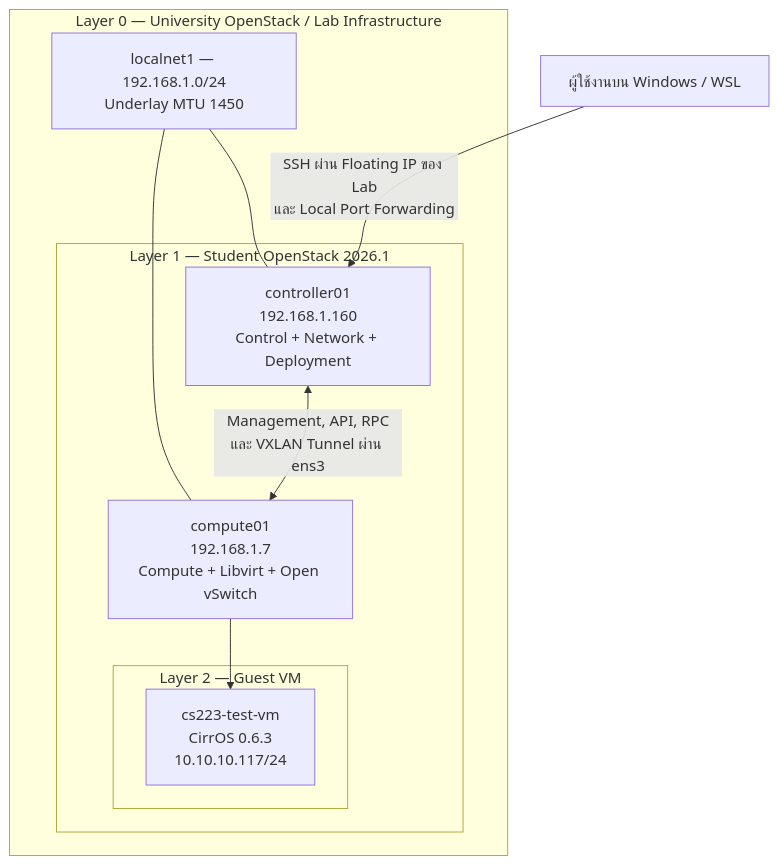
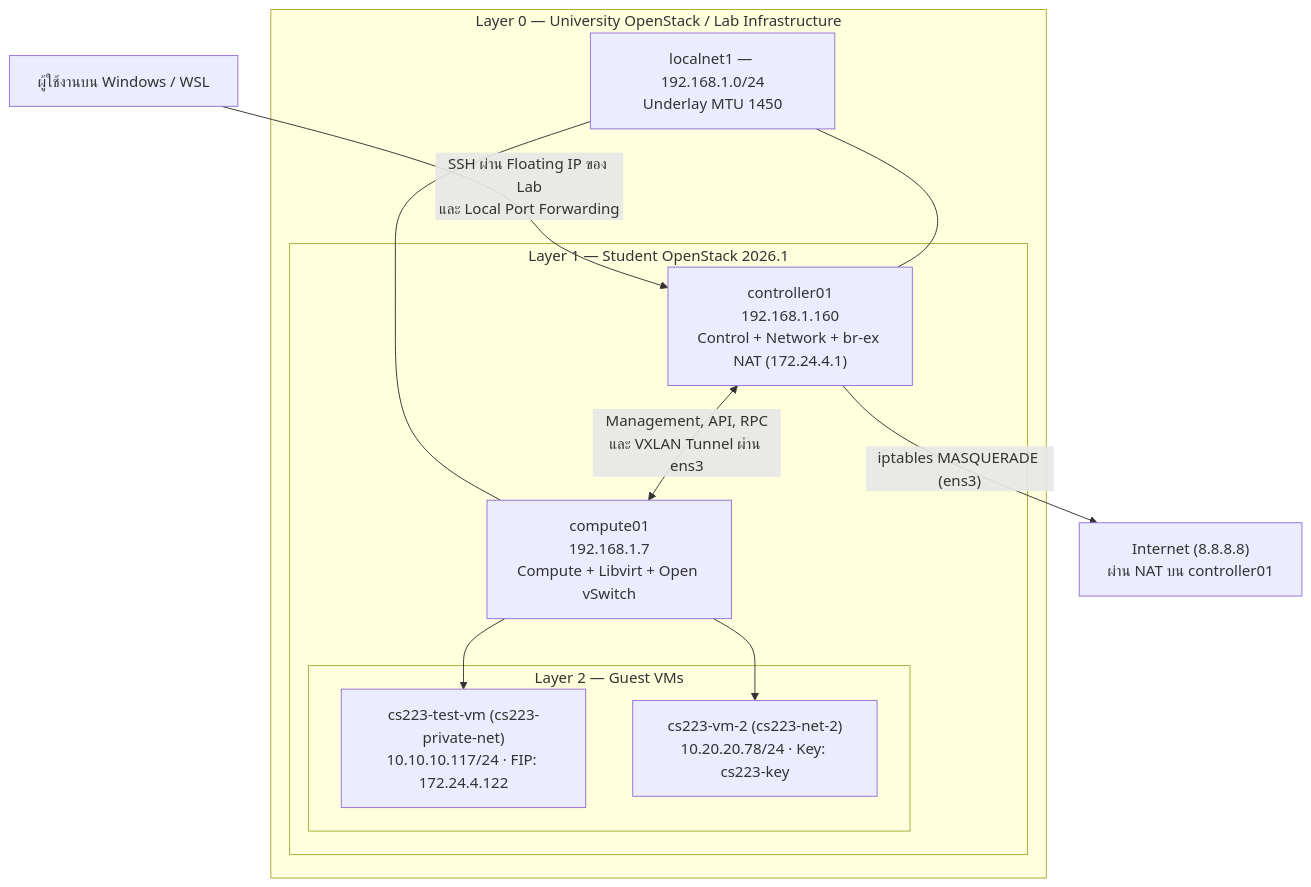
Before and after one commit to ronnakrit303/CS223-TermProject: the first of 9 diagrams in docs/02-architecture.md, drawn with Mermaid. The commit also changed other lines of this file and 13 other files, not shown here.

Commit message:
docs,evidence: add multi-network routing, ext-net NAT, Floating IP & internet egress verification

````diff
--- a/docs/02-architecture.md
+++ b/docs/02-architecture.md
@@ -59,24 +59,28 @@
 ```mermaid
 flowchart TB
     USER["ผู้ใช้งานบน Windows / WSL"]
+    INET["Internet (8.8.8.8)<br/>ผ่าน NAT บน controller01"]
 
     subgraph OUTER["Layer 0 — University OpenStack / Lab Infrastructure"]
         NET["localnet1 — 192.168.1.0/24<br/>Underlay MTU 1450"]
 
         subgraph INNER["Layer 1 — Student OpenStack 2026.1"]
-            CTRL["controller01<br/>192.168.1.160<br/>Control + Network + Deployment"]
+            CTRL["controller01<br/>192.168.1.160<br/>Control + Network + br-ex NAT (172.24.4.1)"]
             COMP["compute01<br/>192.168.1.7<br/>Compute + Libvirt + Open vSwitch"]
             CTRL <-->|"Management, API, RPC<br/>และ VXLAN Tunnel ผ่าน ens3"| COMP
 
-            subgraph GUEST["Layer 2 — Guest VM"]
-                VM["cs223-test-vm<br/>CirrOS 0.6.3<br/>10.10.10.117/24"]
+            subgraph GUEST["Layer 2 — Guest VMs"]
+                VM1["cs223-test-vm (cs223-private-net)<br/>10.10.10.117/24 · FIP: 172.24.4.122"]
+                VM2["cs223-vm-2 (cs223-net-2)<br/>10.20.20.78/24 · Key: cs223-key"]
             end
-            COMP --> VM
+            COMP --> VM1
+            COMP --> VM2
         end
 
         NET --- CTRL
         NET --- COMP
     end
 
     USER -->|"SSH ผ่าน Floating IP ของ Lab<br/>และ Local Port Forwarding"| CTRL
+    CTRL -->|"iptables MASQUERADE (ens3)"| INET
 ```
````
